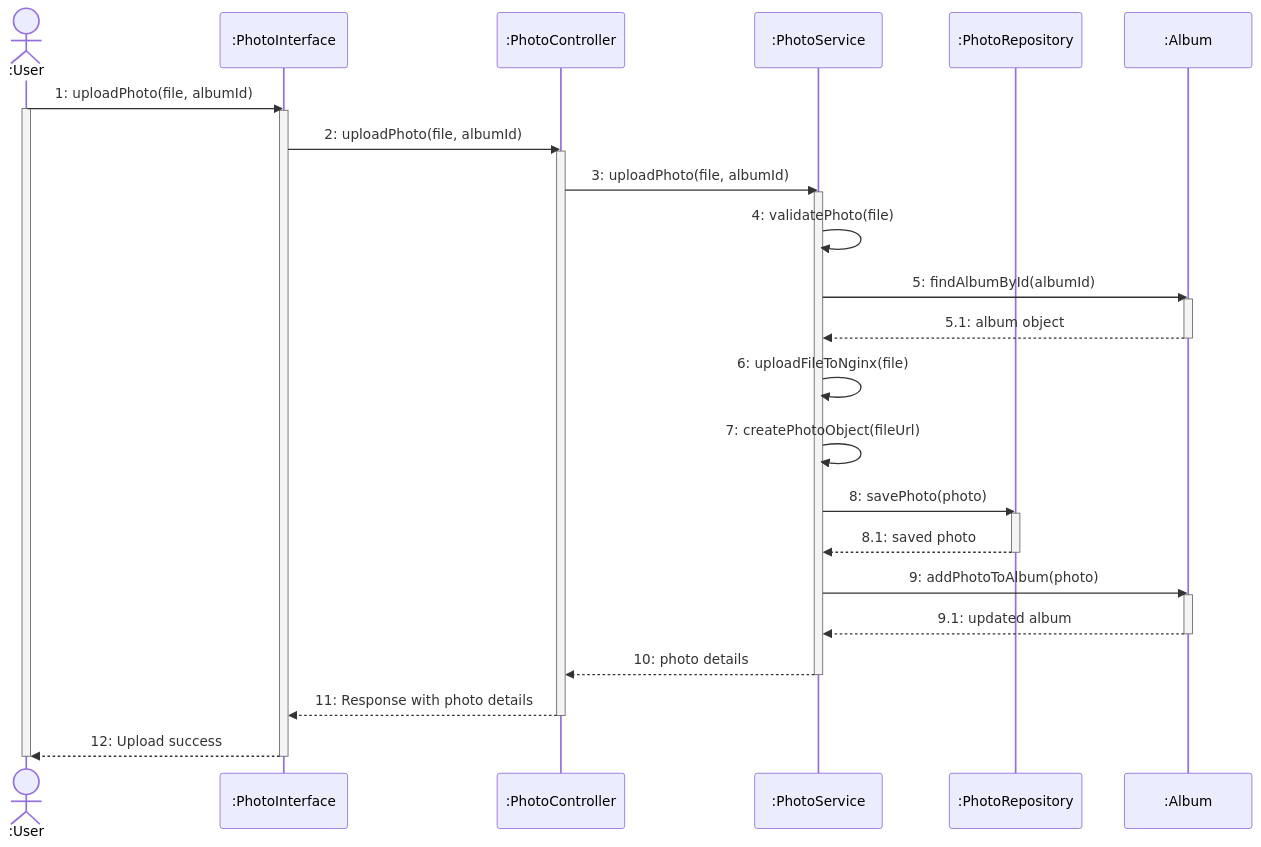
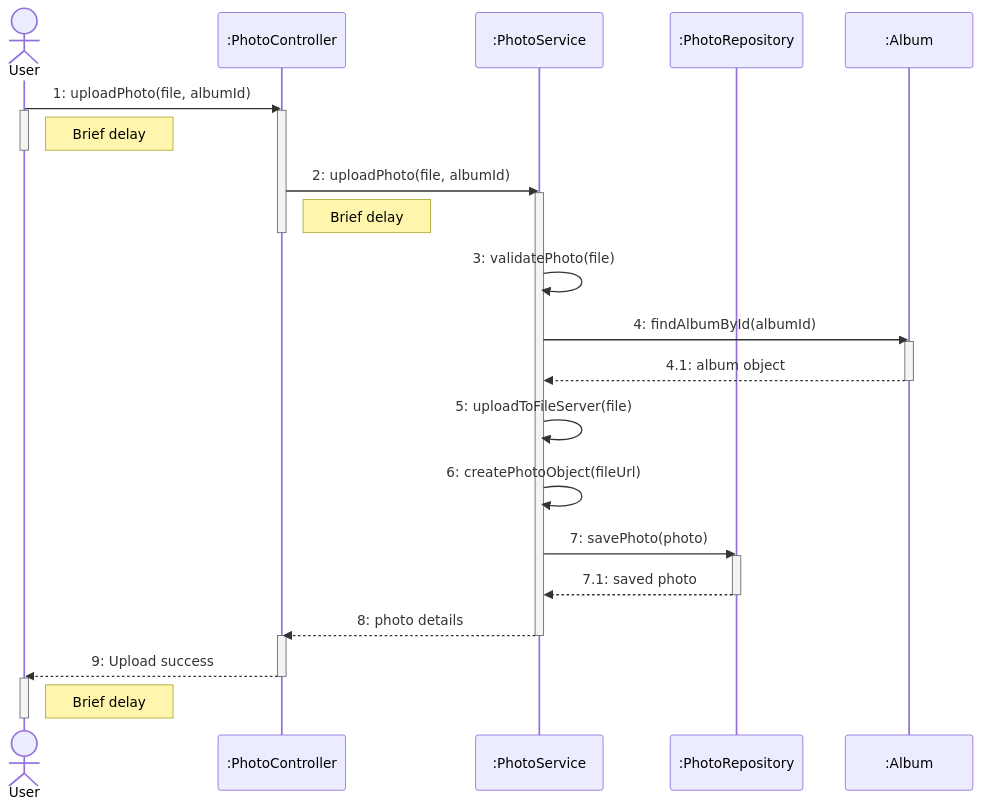
The tenth of 15 diagrams in README.md (lightmon233/Memento), drawn with Mermaid before and after one commit. The commit also changed other lines of this file, not shown here.

````diff
--- a/README.md
+++ b/README.md
@@ -466,50 +452,37 @@
 ```mermaid
 sequenceDiagram
-    actor User as :User
-    participant PhotoInterface as :PhotoInterface
+    actor User 
     participant PhotoController as :PhotoController
     participant PhotoService as :PhotoService
     participant PhotoRepository as :PhotoRepository
     participant Album as :Album
 
-    User->>PhotoInterface: 1: uploadPhoto(file, albumId)
+    User->>PhotoController: 1: uploadPhoto(file, albumId)
     activate User
-    activate PhotoInterface
-
-    PhotoInterface->>PhotoController: 2: uploadPhoto(file, albumId)
     activate PhotoController
-
-    PhotoController->>PhotoService: 3: uploadPhoto(file, albumId)
+    Note right of User: Brief delay
+    deactivate User
+    PhotoController->>PhotoService: 2: uploadPhoto(file, albumId)
     activate PhotoService
-
-    PhotoService->>PhotoService: 4: validatePhoto(file)
-
-    PhotoService->>Album: 5: findAlbumById(albumId)
+    Note right of PhotoController: Brief delay
+    deactivate PhotoController
+    PhotoService->>PhotoService: 3: validatePhoto(file)
+    PhotoService->>Album: 4: findAlbumById(albumId)
     activate Album
-    Album-->>PhotoService: 5.1: album object
+    Album-->>PhotoService: 4.1: album object
     deactivate Album
-
-    PhotoService->>PhotoService: 6: uploadFileToNginx(file)
-    PhotoService->>PhotoService: 7: createPhotoObject(fileUrl)
-
-    PhotoService->>PhotoRepository: 8: savePhoto(photo)
+    PhotoService->>PhotoService: 5: uploadToFileServer(file)
+    PhotoService->>PhotoService: 6: createPhotoObject(fileUrl)
+    PhotoService->>PhotoRepository: 7: savePhoto(photo)
     activate PhotoRepository
-    PhotoRepository-->>PhotoService: 8.1: saved photo
+    PhotoRepository-->>PhotoService: 7.1: saved photo
     deactivate PhotoRepository
-
-    PhotoService->>Album: 9: addPhotoToAlbum(photo)
-    activate Album
-    Album-->>PhotoService: 9.1: updated album
-    deactivate Album
-
-    PhotoService-->>PhotoController: 10: photo details
+    PhotoService-->>PhotoController: 8: photo details
     deactivate PhotoService
-
-    PhotoController-->>PhotoInterface: 11: Response with photo details
+    activate PhotoController
+    PhotoController-->>User: 9: Upload success
     deactivate PhotoController
-
-    PhotoInterface-->>User: 12: Upload success
-    deactivate PhotoInterface
+    activate User
+    Note right of User: Brief delay
     deactivate User
-
 ```
````
